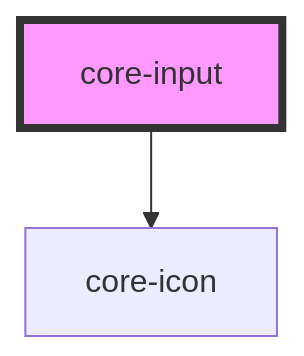
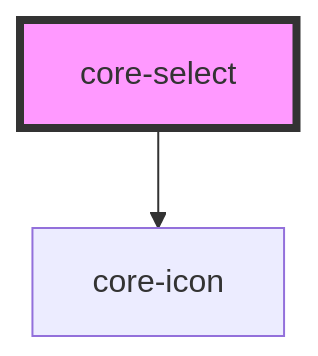
The diagram in packages/components-web/src/components/core-select/readme.md (iFixit/core-design), drawn with Mermaid before and after one commit. The commit also changed other lines of this file and 6 other files, not shown here.

Commit message:
fix core-select story, remove stray .pill mixins

````diff
--- a/packages/components-web/src/components/core-select/readme.md
+++ b/packages/components-web/src/components/core-select/readme.md
@@ -34,5 +27,5 @@
 ```mermaid
 graph TD;
-  core-input --> core-icon
-  style core-input fill:#f9f,stroke:#333,stroke-width:4px
+  core-select --> core-icon
+  style core-select fill:#f9f,stroke:#333,stroke-width:4px
 ```
````
